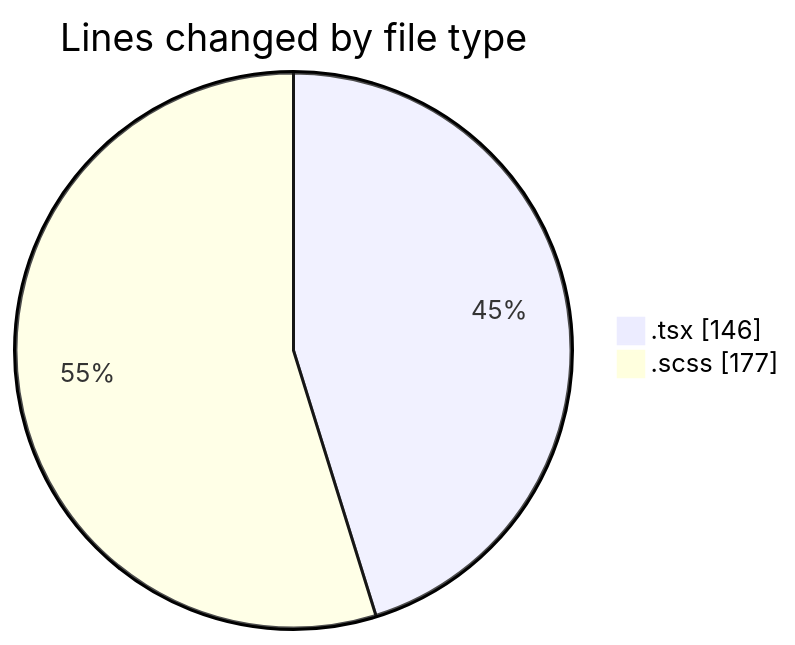
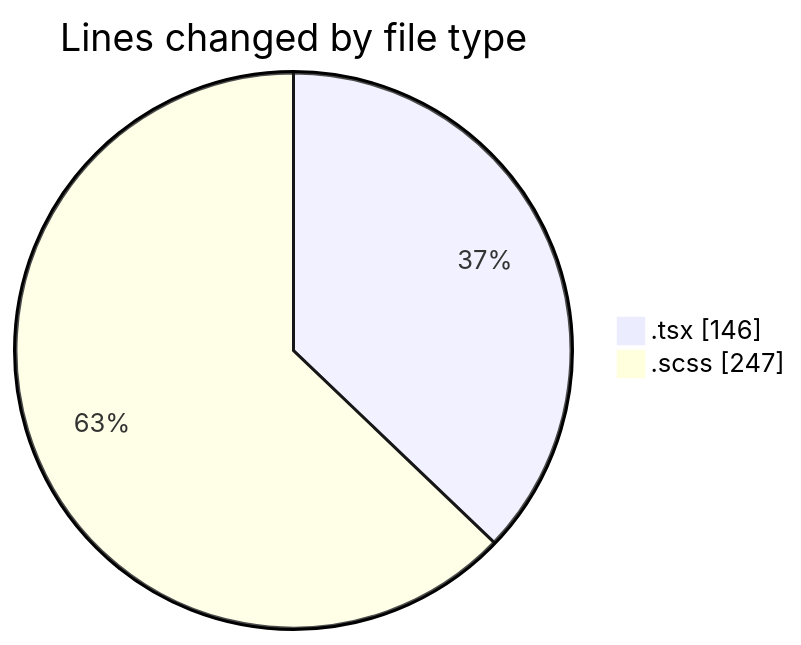
Before and after one commit to momahboobian/code-tracking: the first of 2 diagrams in 2026-03-25/cda/README.md, drawn with Mermaid. The commit also changed other lines of this file and 1 other file, not shown here.

````diff
--- a/2026-03-25/cda/README.md
+++ b/2026-03-25/cda/README.md
@@ -21,6 +21,6 @@
 ```mermaid
 pie showData
 title Lines changed by file type
 ".tsx" : 146
-".scss" : 177
+".scss" : 247
 ```
````
